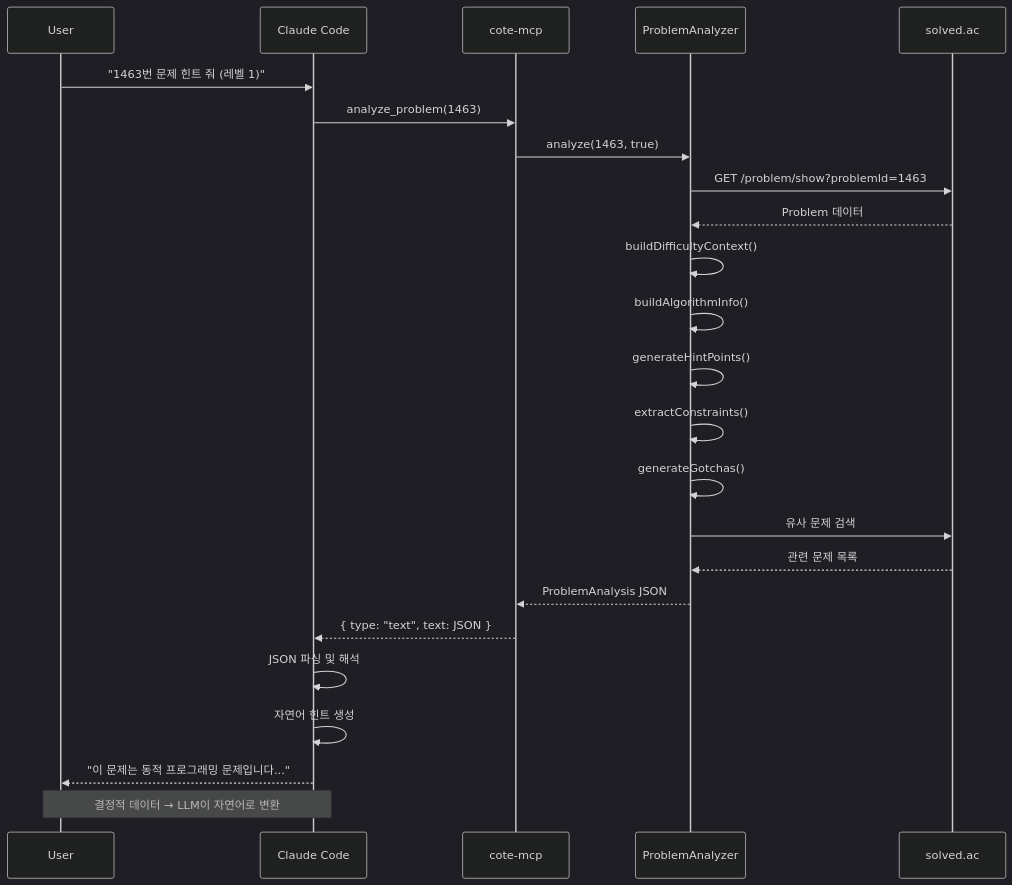
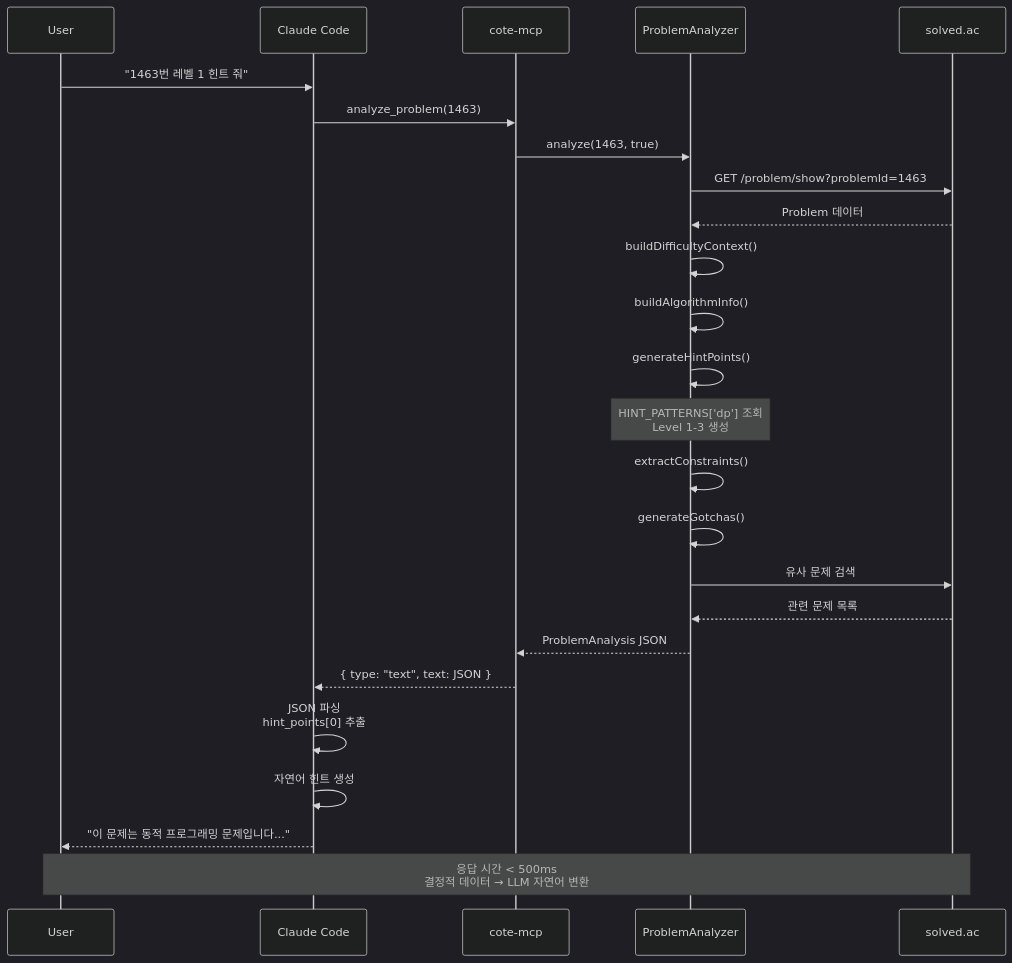
One commit to itsme-shawn/algoKit-mcp changed the second of 3 diagrams in docs/01-planning/keyless-architecture.md. Above: the diagram before and after it, drawn with Mermaid (dark theme). The commit also changed other lines of this file and 5 other files, not shown here.

````diff
--- a/docs/01-planning/keyless-architecture.md
+++ b/docs/01-planning/keyless-architecture.md
@@ -1879,28 +361,29 @@
 ```mermaid
 sequenceDiagram
     participant User
     participant CC as Claude Code
     participant MCP as cote-mcp
     participant PA as ProblemAnalyzer
     participant API as solved.ac
 
-    User->>CC: "1463번 문제 힌트 줘 (레벨 1)"
+    User->>CC: "1463번 레벨 1 힌트 줘"
     CC->>MCP: analyze_problem(1463)
     MCP->>PA: analyze(1463, true)
     PA->>API: GET /problem/show?problemId=1463
     API-->>PA: Problem 데이터
     PA->>PA: buildDifficultyContext()
     PA->>PA: buildAlgorithmInfo()
     PA->>PA: generateHintPoints()
+    Note over PA: HINT_PATTERNS['dp'] 조회<br/>Level 1-3 생성
     PA->>PA: extractConstraints()
     PA->>PA: generateGotchas()
     PA->>API: 유사 문제 검색
     API-->>PA: 관련 문제 목록
     PA-->>MCP: ProblemAnalysis JSON
     MCP-->>CC: { type: "text", text: JSON }
-    CC->>CC: JSON 파싱 및 해석
+    CC->>CC: JSON 파싱<br/>hint_points[0] 추출
     CC->>CC: 자연어 힌트 생성
     CC-->>User: "이 문제는 동적 프로그래밍 문제입니다..."
 
-    Note over CC,User: 결정적 데이터 → LLM이 자연어로 변환
+    Note over User,API: 응답 시간 < 500ms<br/>결정적 데이터 → LLM 자연어 변환
 ```
````
